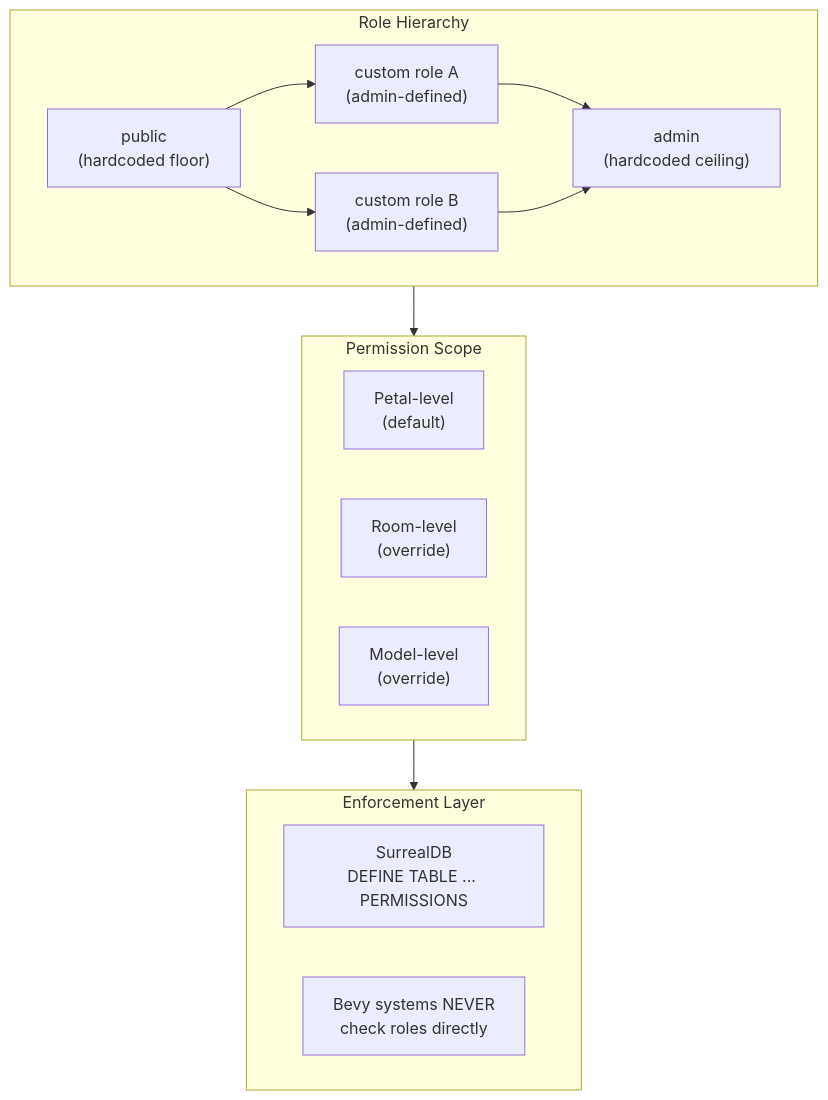
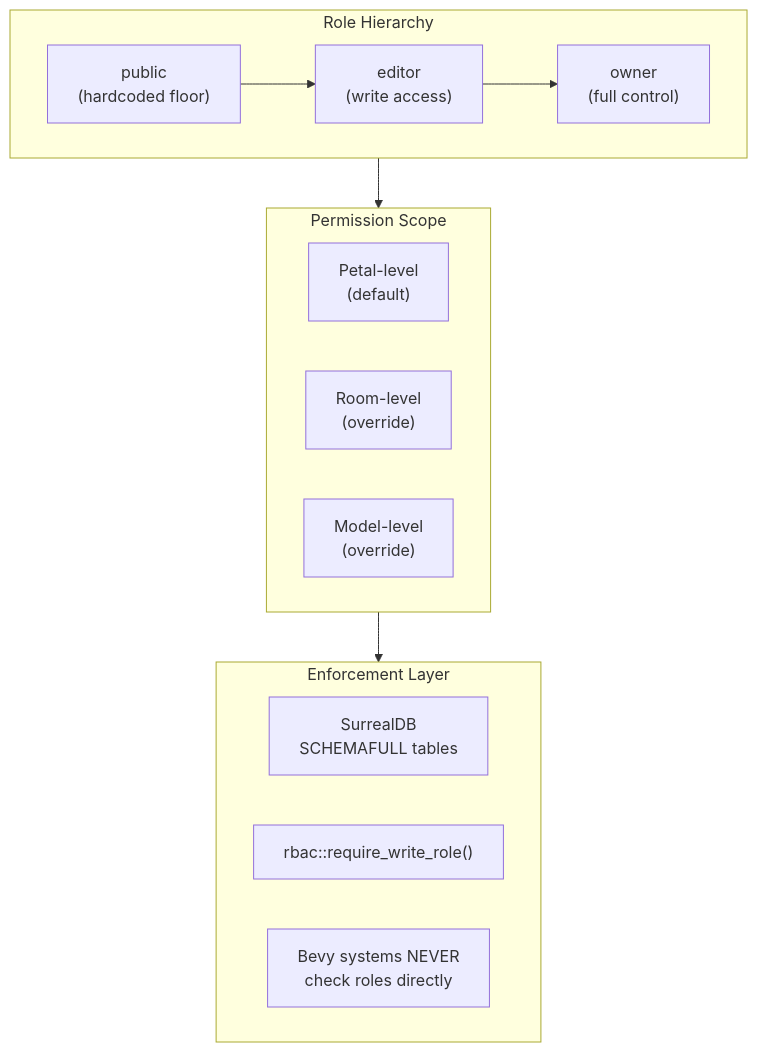
One commit to Escherbridge/fractalengine changed the second of 4 diagrams in docs/diagrams/05-database-schema.md. Above: the diagram before and after it, drawn with Mermaid. The commit also changed other lines of this file and 81 other files, not shown here.

````diff
--- a/docs/diagrams/05-database-schema.md
+++ b/docs/diagrams/05-database-schema.md
@@ -58,25 +135,24 @@
 ```mermaid
 graph TD
     subgraph Roles["Role Hierarchy"]
         Public["public<br/>(hardcoded floor)"]
-        Custom1["custom role A<br/>(admin-defined)"]
-        Custom2["custom role B<br/>(admin-defined)"]
-        Admin["admin<br/>(hardcoded ceiling)"]
+        Editor["editor<br/>(write access)"]
+        Owner["owner<br/>(full control)"]
     end
 
-    Public --> Custom1 --> Admin
-    Public --> Custom2 --> Admin
+    Public --> Editor --> Owner
 
     subgraph Scope["Permission Scope"]
         Petal_Scope["Petal-level<br/>(default)"]
         Room_Scope["Room-level<br/>(override)"]
         Model_Scope["Model-level<br/>(override)"]
     end
 
     subgraph Enforcement["Enforcement Layer"]
-        SDB["SurrealDB<br/>DEFINE TABLE ... PERMISSIONS"]
+        SDB["SurrealDB<br/>SCHEMAFULL tables"]
+        RBAC["rbac::require_write_role()"]
         Note["Bevy systems NEVER<br/>check roles directly"]
     end
 
     Roles --> Scope --> Enforcement
 ```
````
